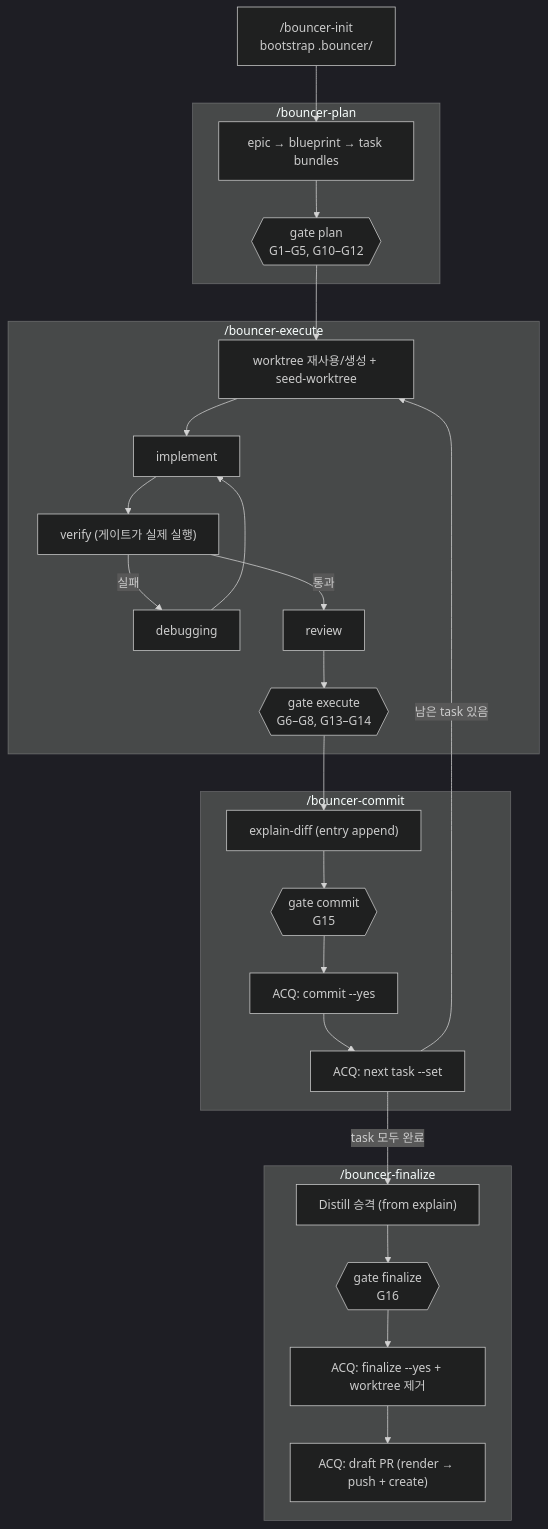
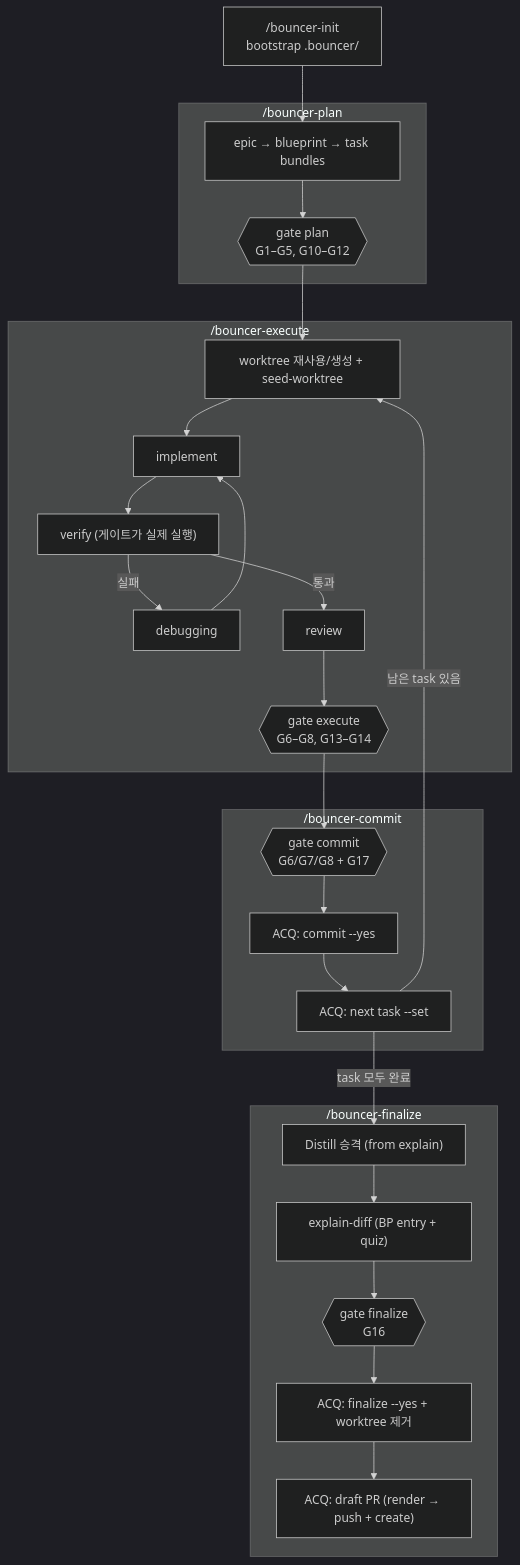
Before and after one commit to cheongfish/bouncer: the diagram in README.md, drawn with Mermaid (dark theme). The commit also changed other lines of this file and 20 other files, not shown here.

First line of the commit message:
refactor: explain·퀴즈 단계의 finalize 이관과 문서 갱신

````diff
--- a/README.md
+++ b/README.md
@@ -28,35 +28,35 @@
 ```mermaid
 flowchart TD
     BI["/bouncer-init<br/>bootstrap .bouncer/"]
 
     subgraph PLAN["/bouncer-plan"]
         P1["epic → blueprint → task bundles"] --> P2{{"gate plan<br/>G1–G5, G10–G12"}}
     end
 
     subgraph EXEC["/bouncer-execute"]
         E1["worktree 재사용/생성 + seed-worktree"] --> E2["implement"]
         E2 --> E3["verify (게이트가 실제 실행)"]
         E3 -- 실패 --> E4["debugging"]
         E4 --> E2
         E3 -- 통과 --> E5["review"]
         E5 --> E6{{"gate execute<br/>G6–G8, G13–G14"}}
     end
 
     subgraph COMMIT["/bouncer-commit"]
-        C1["explain-diff (entry append)"] --> C2{{"gate commit<br/>G15"}}
-        C2 --> C3["ACQ: commit --yes"]
-        C3 --> C4["ACQ: next task --set"]
+        C1{{"gate commit<br/>G6/G7/G8 + G17"}} --> C2["ACQ: commit --yes"]
+        C2 --> C3["ACQ: next task --set"]
     end
 
     subgraph FIN["/bouncer-finalize"]
-        F1["Distill 승격 (from explain)"] --> F2{{"gate finalize<br/>G16"}}
-        F2 --> F3["ACQ: finalize --yes + worktree 제거"]
-        F3 --> F4["ACQ: draft PR (render → push + create)"]
+        F1["Distill 승격 (from explain)"] --> F2["explain-diff (BP entry + quiz)"]
+        F2 --> F3{{"gate finalize<br/>G16"}}
+        F3 --> F4["ACQ: finalize --yes + worktree 제거"]
+        F4 --> F5["ACQ: draft PR (render → push + create)"]
     end
 
     BI --> P1
     P2 --> E1
     E6 --> C1
-    C4 -- "남은 task 있음" --> E1
-    C4 -- "task 모두 완료" --> F1
+    C3 -- "남은 task 있음" --> E1
+    C3 -- "task 모두 완료" --> F1
 ```
````
